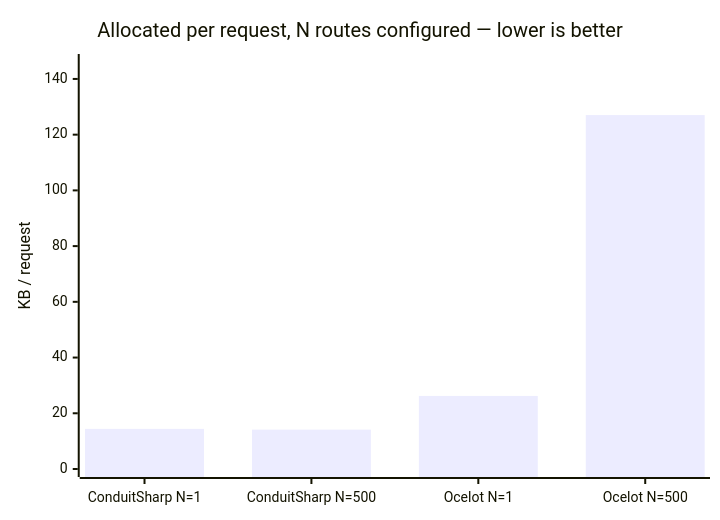
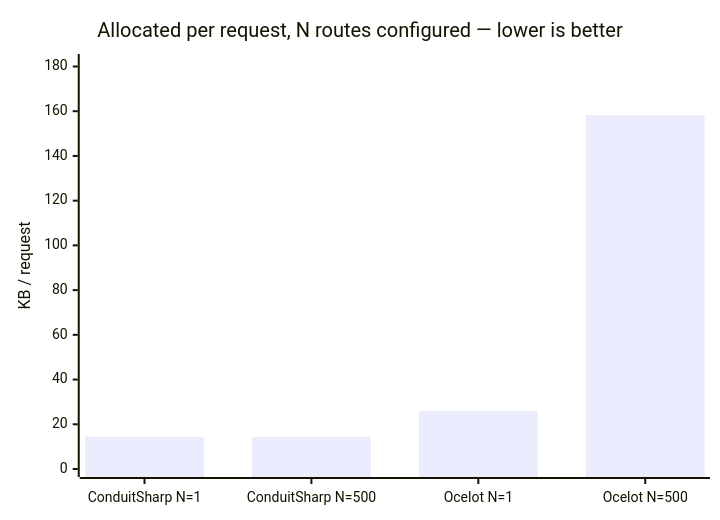
One commit to liqngliz/ConduitSharp changed the third of 8 diagrams in README.md. Above: the diagram before and after it, drawn with Mermaid. The commit also changed other lines of this file and 1 other file, not shown here.

````diff
--- a/README.md
+++ b/README.md
@@ -102,7 +102,7 @@
 ```mermaid
 xychart-beta
     title "Allocated per request, N routes configured — lower is better"
     x-axis ["ConduitSharp N=1", "ConduitSharp N=500", "Ocelot N=1", "Ocelot N=500"]
-    y-axis "KB / request" 0 --> 146.08
-    bar [14.40, 14.13, 26.22, 127.03]
+    y-axis "KB / request" 0 --> 182.01
+    bar [14.40, 14.41, 25.96, 158.27]
 ```
````
